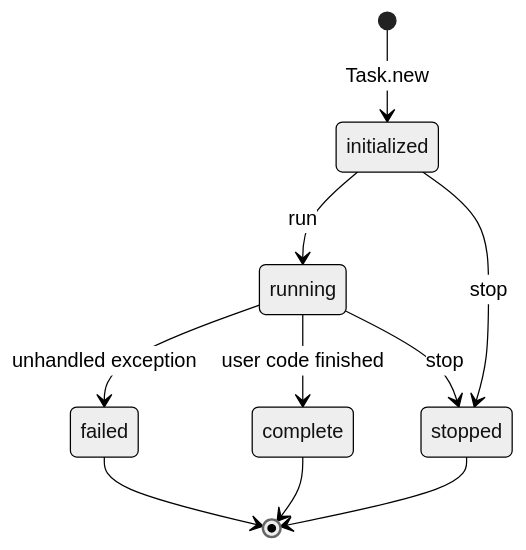
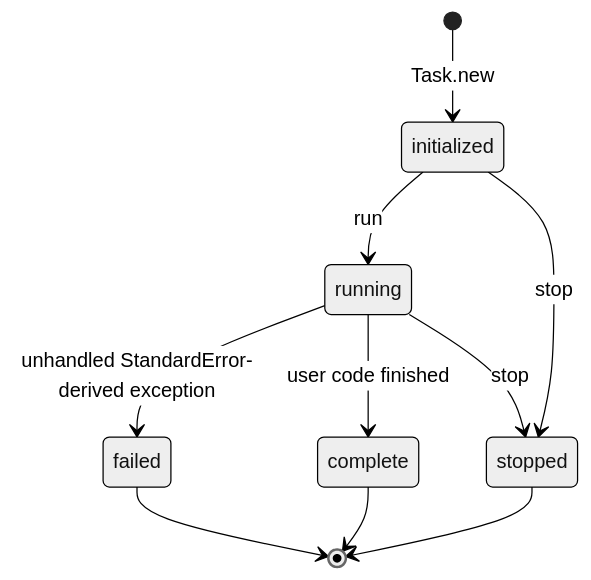
The second of 3 diagrams in guides/asynchronous-tasks/readme.md (socketry/async), drawn with Mermaid (neutral theme) before and after one commit. The commit also changed other lines of this file, not shown here.

````diff
--- a/guides/asynchronous-tasks/readme.md
+++ b/guides/asynchronous-tasks/readme.md
@@ -26,15 +26,15 @@
 ```mermaid
 stateDiagram-v2
     [*] --> initialized : Task.new
     initialized --> running : run
     
-    running --> failed : unhandled exception
+    running --> failed : unhandled StandardError-derived exception
     running --> complete : user code finished
     running --> stopped : stop
 
     initialized --> stopped : stop
     
     failed --> [*]
     complete --> [*]
     stopped --> [*]
 ```
````
